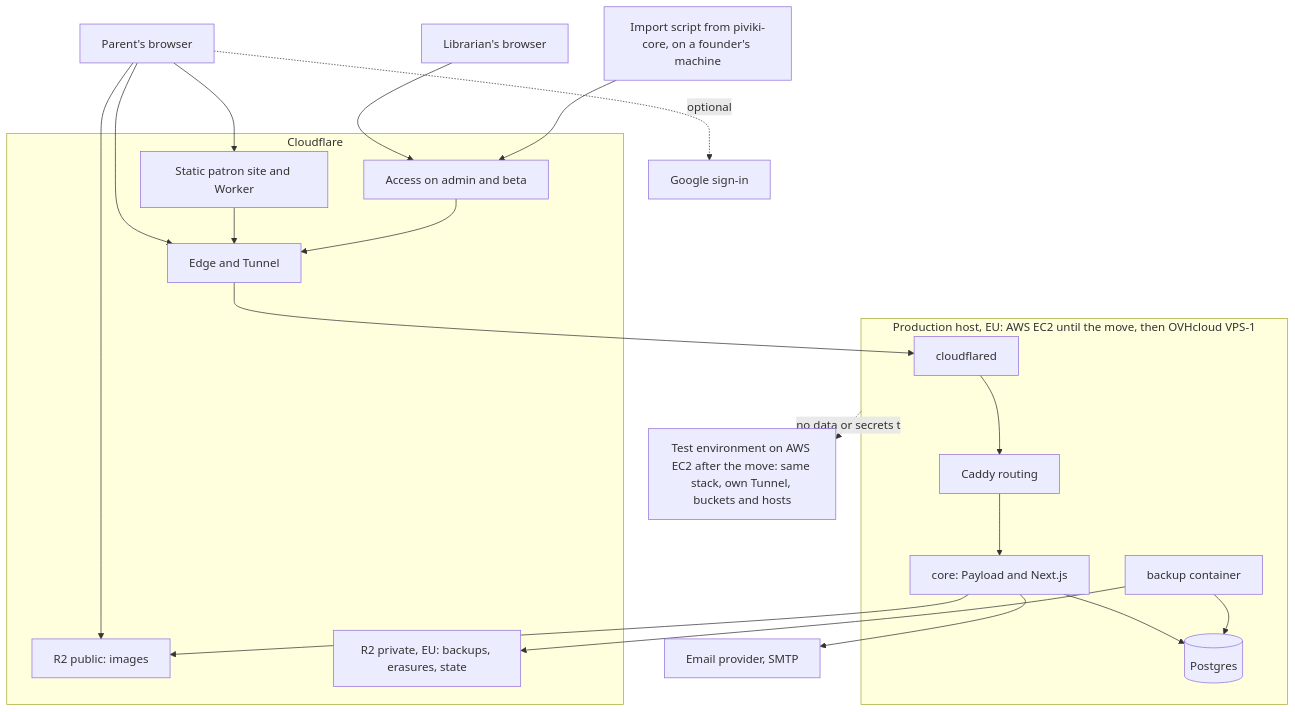
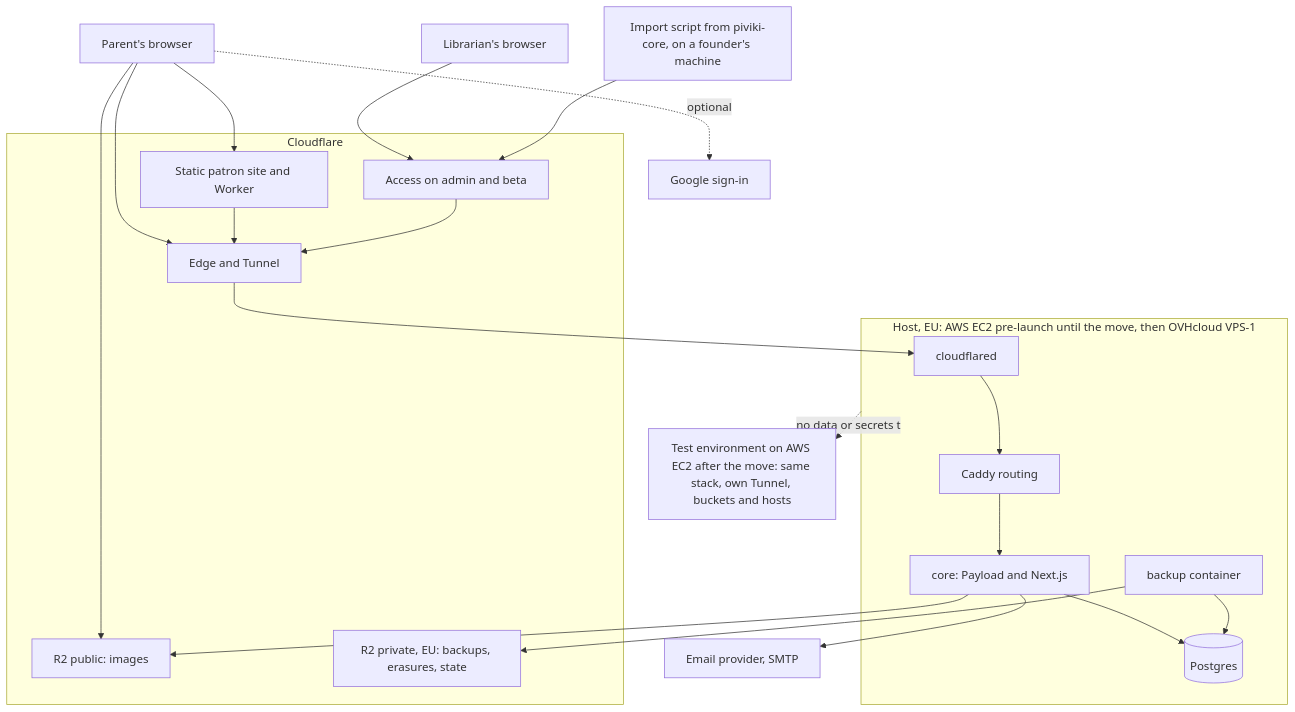
The second of 3 diagrams in initiative-kirjasto-mvp/architecture-piviki/architecture-piviki.md (piviki-org/piviki-planning), drawn with Mermaid before and after one commit. The commit also changed other lines of this file and 7 other files, not shown here.

First line of the commit message:
Validate epic 1 stories: spine coverage fixes, two lanes, pre-launch wording

````diff
--- a/initiative-kirjasto-mvp/architecture-piviki/architecture-piviki.md
+++ b/initiative-kirjasto-mvp/architecture-piviki/architecture-piviki.md
@@ -309,32 +309,32 @@
 ```mermaid
 flowchart TB
   browser[Parent's browser]
   librarian[Librarian's browser]
   scan[Import script from piviki-core, on a founder's machine]
   subgraph cf[Cloudflare]
     site[Static patron site and Worker]
     access[Access on admin and beta]
     edge[Edge and Tunnel]
     media[R2 public: images]
     backup[R2 private, EU: backups, erasures, state]
   end
-  subgraph ovh[Production host, EU: AWS EC2 until the move, then OVHcloud VPS-1]
+  subgraph ovh[Host, EU: AWS EC2 pre-launch until the move, then OVHcloud VPS-1]
     tunnel[cloudflared] --> caddy[Caddy routing]
     caddy --> core[core: Payload and Next.js]
     core --> pg[(Postgres)]
     bk[backup container] --> pg
   end
   browser --> site
   browser --> edge
   site --> edge
   librarian --> access
   scan --> access
   access --> edge
   browser --> media
   edge --> tunnel
   core --> media
   bk --> backup
   core --> mail[Email provider, SMTP]
   browser -.optional.-> google[Google sign-in]
   ovh -.no data or secrets to.-> test[Test environment on AWS EC2 after the move: same stack, own Tunnel, buckets and hosts]
 ```
````
